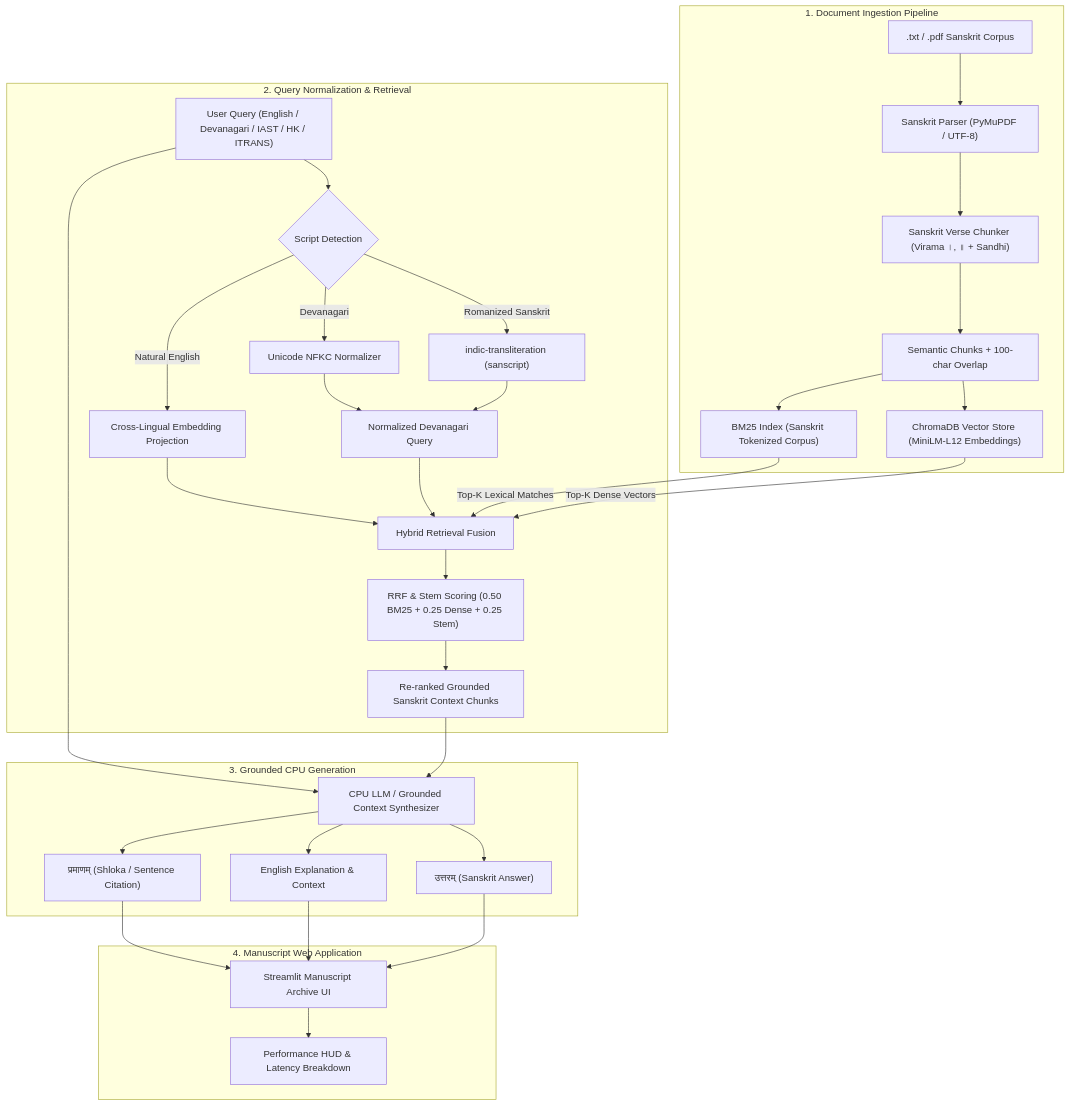
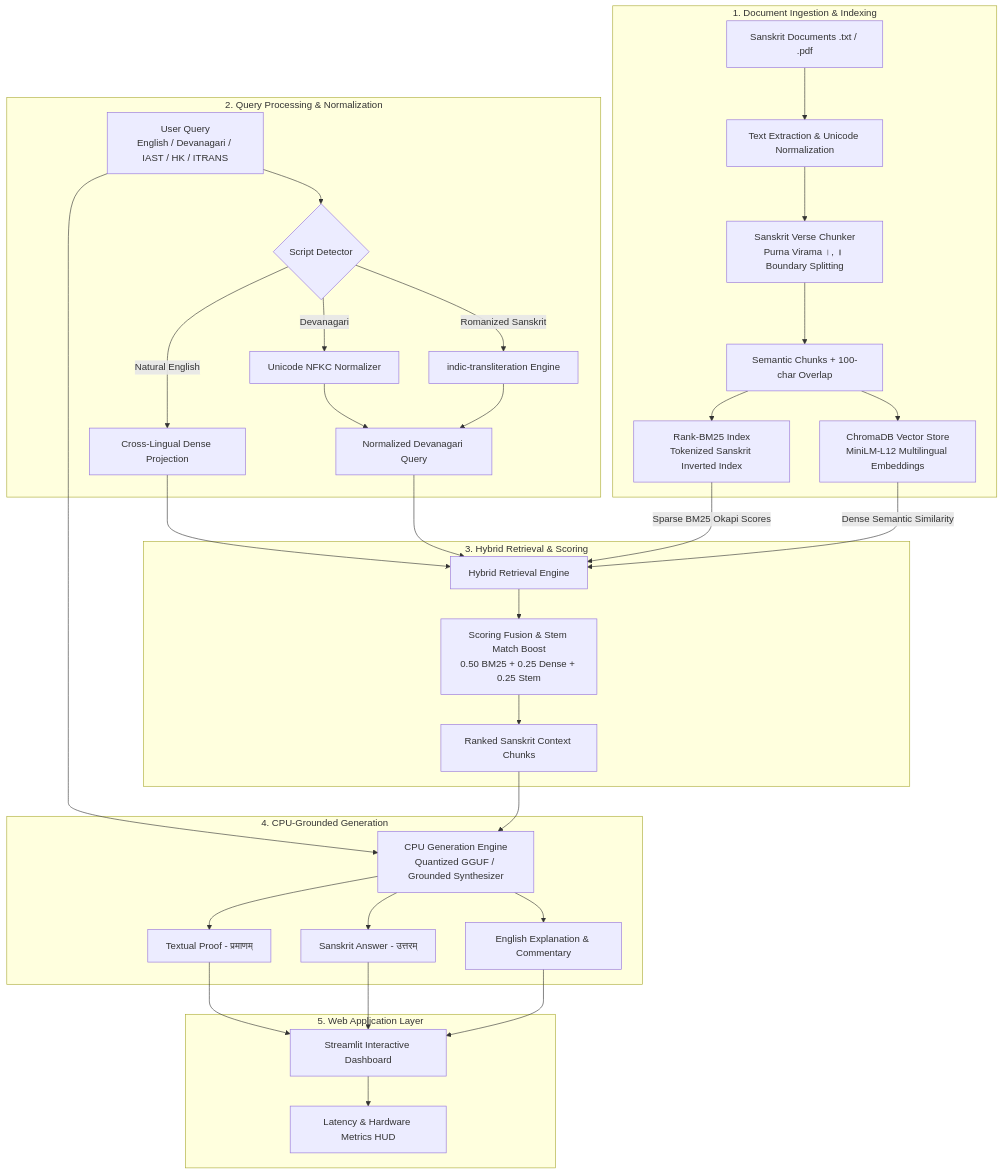
One commit to sahil-karande/RAG_Sanskrit_Sahil_Karande changed the diagram in README.md. Above: the diagram before and after it, drawn with Mermaid. The commit also changed other lines of this file, not shown here.

````diff
--- a/README.md
+++ b/README.md
@@ -76,41 +73,40 @@
 ```mermaid
 flowchart TD
-    subgraph Ingestion ["1. Document Ingestion Pipeline"]
-        Doc[".txt / .pdf Sanskrit Corpus"] --> Parser["Sanskrit Parser (PyMuPDF / UTF-8)"]
-        Parser --> Chunker["Sanskrit Verse Chunker (Virama ।, ॥ + Sandhi)"]
-        Chunker --> Chunks["Semantic Chunks + 100-char Overlap"]
-        Chunks --> DenseIndex["ChromaDB Vector Store (MiniLM-L12 Embeddings)"]
-        Chunks --> SparseIndex["BM25 Index (Sanskrit Tokenized Corpus)"]
+    subgraph Ingestion ["1. Document Ingestion & Indexing"]
+        A[Sanskrit Documents .txt / .pdf] --> B[Text Extraction & Unicode Normalization]
+        B --> C[Sanskrit Verse Chunker\nPurna Virama ।, ॥ Boundary Splitting]
+        C --> D[Semantic Chunks + 100-char Overlap]
+        D --> E[ChromaDB Vector Store\nMiniLM-L12 Multilingual Embeddings]
+        D --> F[Rank-BM25 Index\nTokenized Sanskrit Inverted Index]
     end
 
-    subgraph QueryFlow ["2. Query Normalization & Retrieval"]
-        UserQuery["User Query (English / Devanagari / IAST / HK / ITRANS)"]
-        UserQuery --> Detector{"Script Detection"}
-        Detector -->|Romanized Sanskrit| Transliterator["indic-transliteration (sanscript)"]
-        Detector -->|Devanagari| Normalizer["Unicode NFKC Normalizer"]
-        Detector -->|Natural English| SemanticBridge["Cross-Lingual Embedding Projection"]
-        Transliterator --> DevQuery["Normalized Devanagari Query"]
-        Normalizer --> DevQuery
-        
-        DevQuery --> HybridRetriever["Hybrid Retrieval Fusion"]
-        SemanticBridge --> HybridRetriever
-        
-        DenseIndex -->|Top-K Dense Vectors| HybridRetriever
-        SparseIndex -->|Top-K Lexical Matches| HybridRetriever
-        HybridRetriever --> RRF["RRF & Stem Scoring (0.50 BM25 + 0.25 Dense + 0.25 Stem)"]
-        RRF --> Context["Re-ranked Grounded Sanskrit Context Chunks"]
+    subgraph QueryFlow ["2. Query Processing & Normalization"]
+        Q[User Query\nEnglish / Devanagari / IAST / HK / ITRANS] --> G{Script Detector}
+        G -->|Romanized Sanskrit| H[indic-transliteration Engine]
+        G -->|Devanagari| I[Unicode NFKC Normalizer]
+        G -->|Natural English| J[Cross-Lingual Dense Projection]
+        H --> K[Normalized Devanagari Query]
+        I --> K
     end
 
-    subgraph Generation ["3. Grounded CPU Generation"]
-        Context --> Generator["CPU LLM / Grounded Context Synthesizer"]
-        UserQuery --> Generator
-        Generator --> OutDev["उत्तरम् (Sanskrit Answer)"]
-        Generator --> OutEng["English Explanation & Context"]
-        Generator --> OutCit["प्रमाणम् (Shloka / Sentence Citation)"]
+    subgraph Retrieval ["3. Hybrid Retrieval & Scoring"]
+        K & J --> L[Hybrid Retrieval Engine]
+        E -->|Dense Semantic Similarity| L
+        F -->|Sparse BM25 Okapi Scores| L
+        L --> M[Scoring Fusion & Stem Match Boost\n0.50 BM25 + 0.25 Dense + 0.25 Stem]
+        M --> N[Ranked Sanskrit Context Chunks]
     end
 
-    subgraph UI ["4. Manuscript Web Application"]
-        OutDev & OutEng & OutCit --> StreamlitUI["Streamlit Manuscript Archive UI"]
-        StreamlitUI --> Metrics["Performance HUD & Latency Breakdown"]
+    subgraph Generation ["4. CPU-Grounded Generation"]
+        N --> O[CPU Generation Engine\nQuantized GGUF / Grounded Synthesizer]
+        Q --> O
+        O --> P1[English Explanation & Commentary]
+        O --> P2[Sanskrit Answer - उत्तरम्]
+        O --> P3[Textual Proof - प्रमाणम्]
+    end
+
+    subgraph UI ["5. Web Application Layer"]
+        P1 & P2 & P3 --> UIApp[Streamlit Interactive Dashboard]
+        UIApp --> HUD[Latency & Hardware Metrics HUD]
     end
 ```
````
